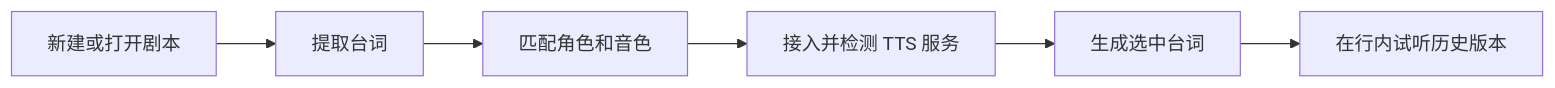
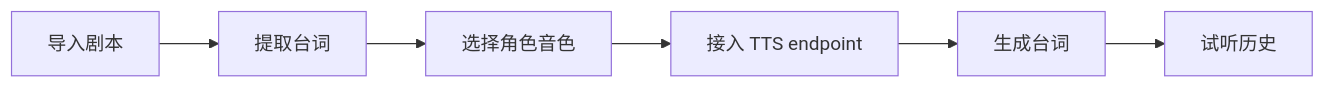
One commit to XucroYuri/TTS_more changed the diagram in README.md. Above: the diagram before and after it, drawn with Mermaid. The commit also changed other lines of this file, not shown here.

````diff
--- a/README.md
+++ b/README.md
@@ -36,8 +7,8 @@
 ```mermaid
 flowchart LR
-  A["新建或打开剧本"] --> B["提取台词"]
-  B --> C["匹配角色和音色"]
-  C --> D["接入并检测 TTS 服务"]
-  D --> E["生成选中台词"]
-  E --> F["在行内试听历史版本"]
+  A["导入剧本"] --> B["提取台词"]
+  B --> C["选择角色音色"]
+  C --> D["接入 TTS endpoint"]
+  D --> E["生成台词"]
+  E --> F["试听历史"]
 ```
````
